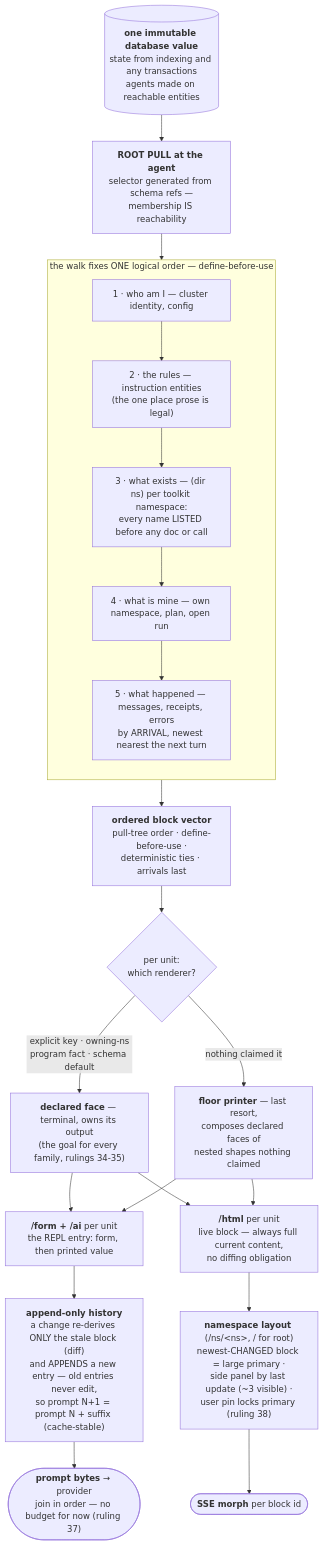
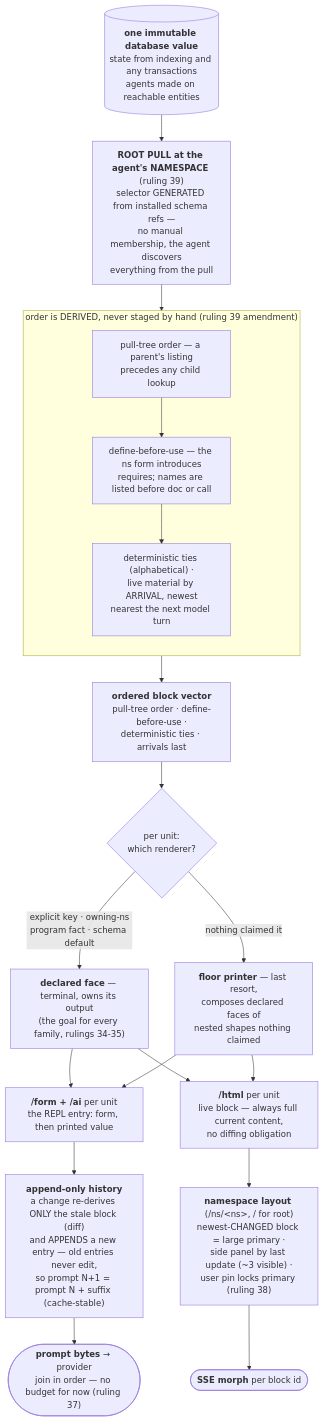
One commit to seantempesta/seon changed the diagram in docs/prds/context-generation/plan/one-renderer-prd-2026-08-14.md. Above: the diagram before and after it, drawn with Mermaid. The commit also changed other lines of this file and 3 other files, not shown here.

First line of the commit message:
Rulings 39-40: the pull roots at the namespace; agents ARE namespaces

````diff
--- a/docs/prds/context-generation/plan/one-renderer-prd-2026-08-14.md
+++ b/docs/prds/context-generation/plan/one-renderer-prd-2026-08-14.md
@@ -45,39 +45,37 @@
 ```mermaid
 flowchart TD
     DB[("<b>one immutable database value</b><br/>state from indexing and any transactions<br/>agents made on reachable entities")]
-    PULL["<b>ROOT PULL at the agent</b><br/>selector generated from schema refs —<br/>membership IS reachability"]
+    PULL["<b>ROOT PULL at the agent's NAMESPACE</b> (ruling 39)<br/>selector GENERATED from installed schema refs —<br/>no manual membership, the agent discovers<br/>everything from the pull"]
     VEC["<b>ordered block vector</b><br/>pull-tree order · define-before-use ·<br/>deterministic ties · arrivals last"]
     SEL{"per unit:<br/>which renderer?"}
     FACE["<b>declared face</b> — terminal, owns its output<br/>(the goal for every family, rulings 34-35)"]
     FLOOR["<b>floor printer</b> — last resort,<br/>composes declared faces of<br/>nested shapes nothing claimed"]
 
     AIENT["<b>/form + /ai</b> per unit<br/>the REPL entry: form, then printed value"]
     HIST["<b>append-only history</b><br/>a change re-derives ONLY the stale block (diff)<br/>and APPENDS a new entry — old entries never edit,<br/>so prompt N+1 = prompt N + suffix (cache-stable)"]
     PROMPT(["<b>prompt bytes</b> → provider<br/>join in order — no budget for now (ruling 37)"])
 
     HTMLB["<b>/html</b> per unit<br/>live block — always full current content,<br/>no diffing obligation"]
     LAYOUT["<b>namespace layout</b> (/ns/&lt;ns&gt;, / for root)<br/>newest-CHANGED block = large primary ·<br/>side panel by last update (~3 visible) ·<br/>user pin locks primary (ruling 38)"]
     MORPH(["<b>SSE morph</b> per block id"])
 
-    subgraph ORDER["the walk fixes ONE logical order — define-before-use"]
+    subgraph ORDER["order is DERIVED, never staged by hand (ruling 39 amendment)"]
         direction TB
-        O1["1 · who am I — cluster identity, config"]
-        O2["2 · the rules — instruction entities<br/>(the one place prose is legal)"]
-        O3["3 · what exists — (dir ns) per toolkit namespace:<br/>every name LISTED before any doc or call"]
-        O4["4 · what is mine — own namespace, plan, open run"]
-        O5["5 · what happened — messages, receipts, errors<br/>by ARRIVAL, newest nearest the next turn"]
-        O1 --> O2 --> O3 --> O4 --> O5
+        O1["pull-tree order — a parent's listing<br/>precedes any child lookup"]
+        O2["define-before-use — the ns form introduces<br/>requires; names are listed before doc or call"]
+        O3["deterministic ties (alphabetical) ·<br/>live material by ARRIVAL, newest<br/>nearest the next model turn"]
+        O1 --> O2 --> O3
     end
 
     DB --> PULL --> ORDER --> VEC --> SEL
     SEL -->|"explicit key · owning-ns<br/>program fact · schema default"| FACE
     SEL -->|"nothing claimed it"| FLOOR
 
     FACE --> AIENT
     FLOOR --> AIENT
     FACE --> HTMLB
     FLOOR --> HTMLB
 
     AIENT --> HIST --> PROMPT
     HTMLB --> LAYOUT --> MORPH
 ```
````
